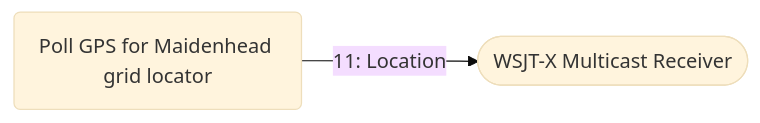
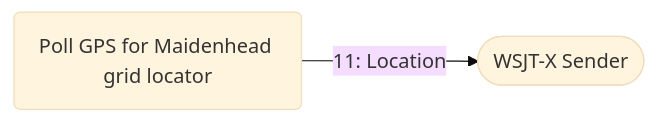
One commit to ckuhtz/ham changed the eighth of 8 diagrams in doc/workflows.md. Above: the diagram before and after it, drawn with Mermaid (base theme).

````diff
--- a/doc/workflows.md
+++ b/doc/workflows.md
@@ -258,5 +258,5 @@
 ```mermaid
 flowchart LR;
-    WSJTXApp([WSJT-X Multicast Receiver]);
+    WSJTXApp([WSJT-X Sender]);
     GPSPoll(Poll GPS for Maidenhead grid locator) -->|11: Location| WSJTXApp;
 ```
````
